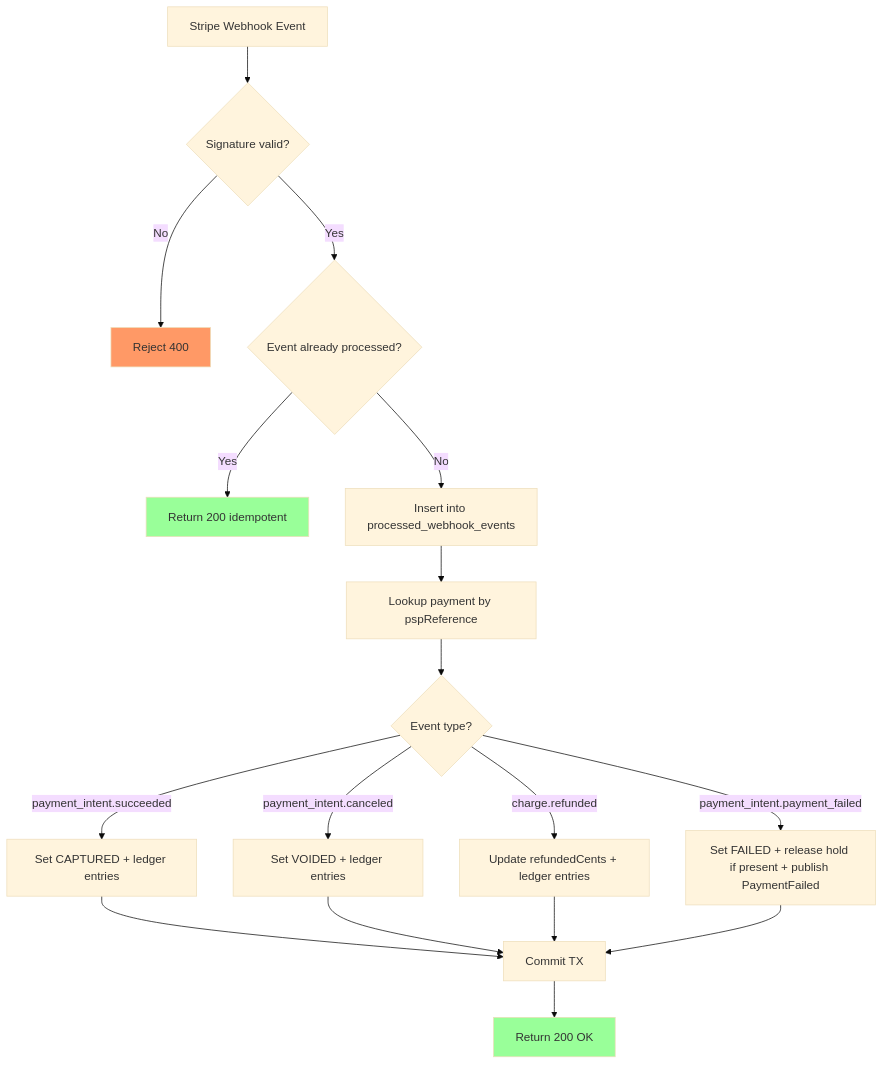
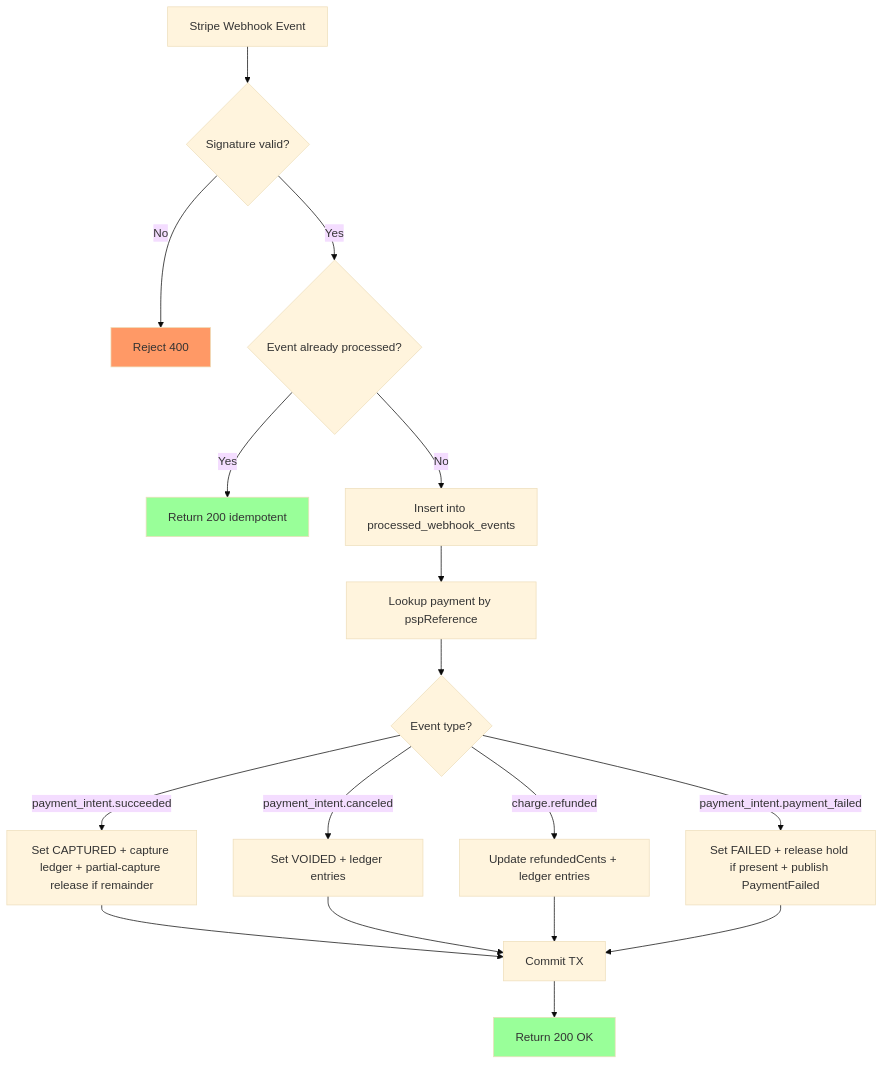
Before and after one commit to sunitakeazycommerz-a11y/InstaCommerce: the seventh of 8 diagrams in services/payment-service/README.md, drawn with Mermaid (base theme). The commit also changed other lines of this file and 6 other files, not shown here.

First line of the commit message:
fix(payment): release partial-capture auth remainder (Wave 12)

````diff
--- a/services/payment-service/README.md
+++ b/services/payment-service/README.md
@@ -337,20 +345,20 @@
 ```mermaid
 flowchart TD
     A[Stripe Webhook Event] --> B{Signature valid?}
     B -- No --> C[Reject 400]
     B -- Yes --> D{Event already processed?}
     D -- Yes --> E[Return 200 idempotent]
     D -- No --> F[Insert into processed_webhook_events]
     F --> G[Lookup payment by pspReference]
     G --> H{Event type?}
-    H -- payment_intent.succeeded --> I[Set CAPTURED + ledger entries]
+    H -- payment_intent.succeeded --> I[Set CAPTURED + capture ledger + partial-capture release if remainder]
     H -- payment_intent.canceled --> J[Set VOIDED + ledger entries]
     H -- charge.refunded --> K[Update refundedCents + ledger entries]
     H -- payment_intent.payment_failed --> L[Set FAILED + release hold if present + publish PaymentFailed]
     I & J & K & L --> M[Commit TX]
     M --> N[Return 200 OK]
 
     style C fill:#f96
     style E fill:#9f9
     style N fill:#9f9
 ```
````
